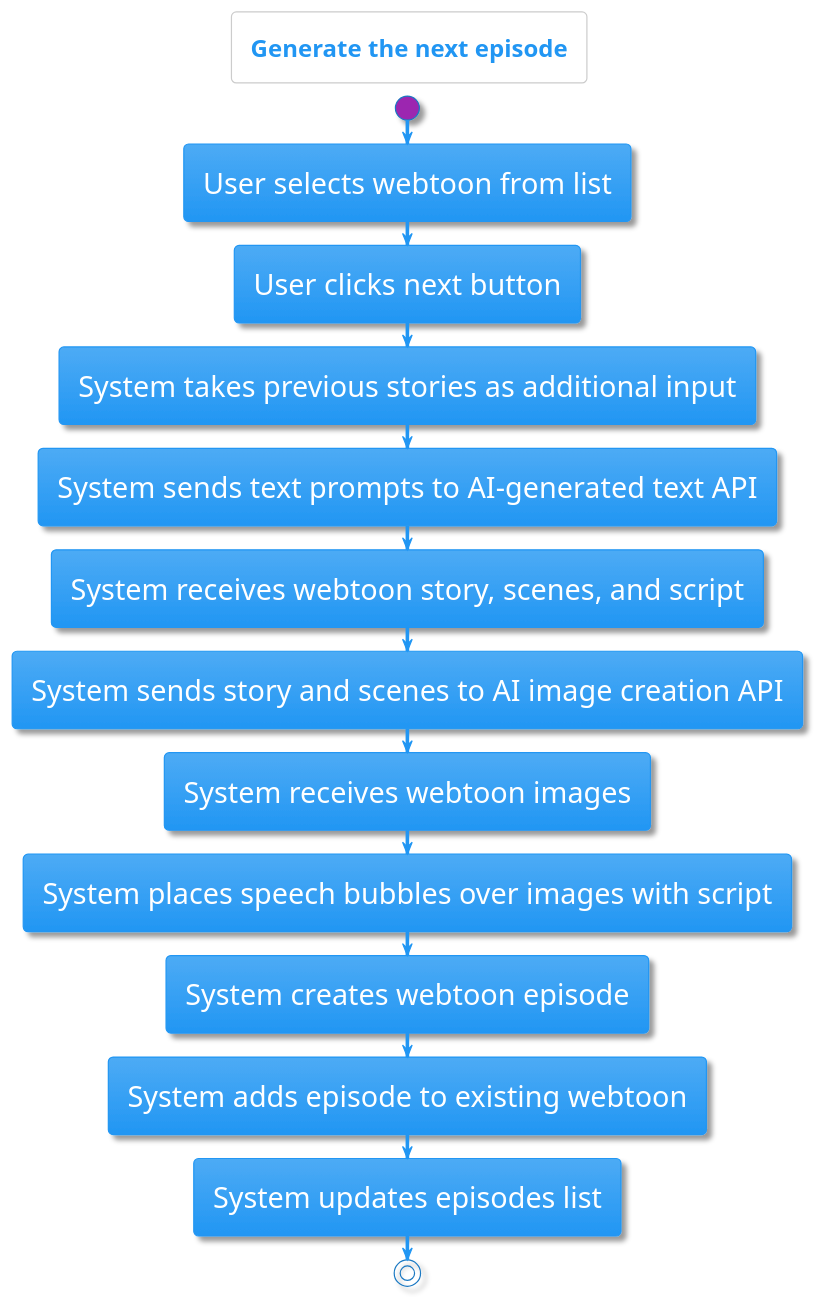
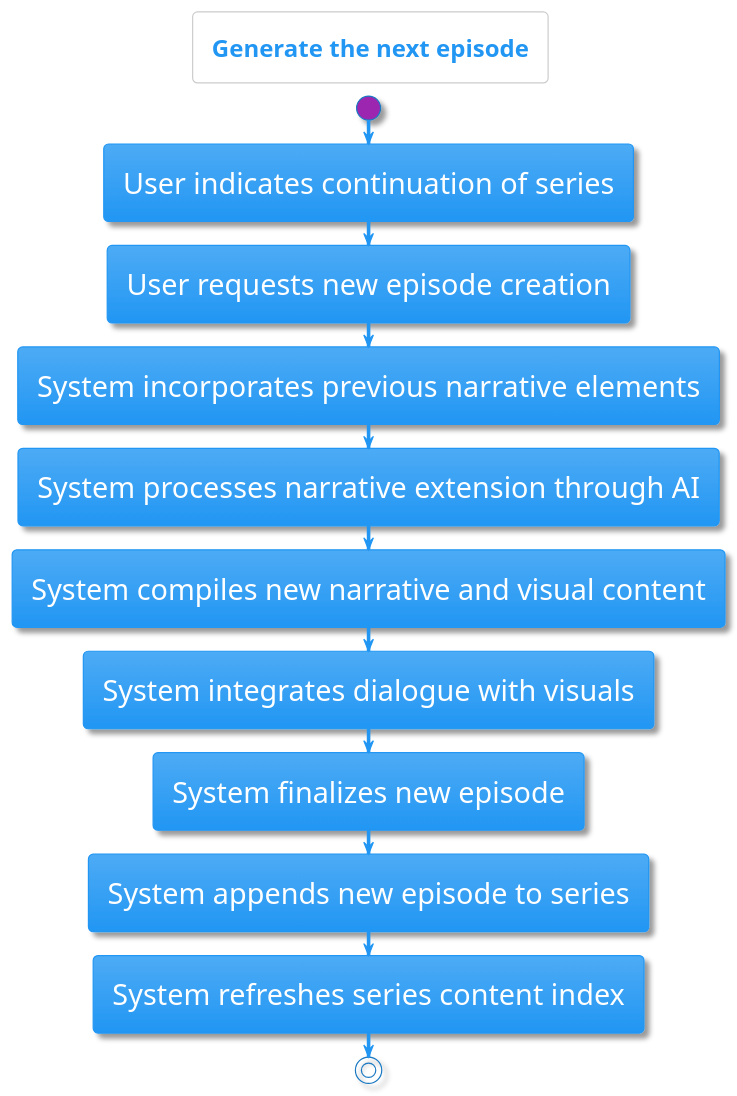
Before and after one commit to WinstonWaligora/let_us_webtoon: the diagram in lib/documents/generate-next.puml, drawn with PlantUML. The commit also changed 15 other files, not shown here.

Commit message:
activity, use case, and context diagrams updated

```diff
--- a/lib/documents/generate-next.puml
+++ b/lib/documents/generate-next.puml
@@ -1,19 +1,17 @@
 @startuml
 !theme materia
 title Generate the next episode
 skinparam defaultFontSize 24
 
 start
-:User selects webtoon from list;
-:User clicks next button;
-:System takes previous stories as additional input;
-:System sends text prompts to AI-generated text API;
-:System receives webtoon story, scenes, and script;
-:System sends story and scenes to AI image creation API;
-:System receives webtoon images;
-:System places speech bubbles over images with script;
-:System creates webtoon episode;
-:System adds episode to existing webtoon;
-:System updates episodes list;
+:User indicates continuation of series;
+:User requests new episode creation;
+:System incorporates previous narrative elements;
+:System processes narrative extension through AI;
+:System compiles new narrative and visual content;
+:System integrates dialogue with visuals;
+:System finalizes new episode;
+:System appends new episode to series;
+:System refreshes series content index;
 stop
 @enduml
```
